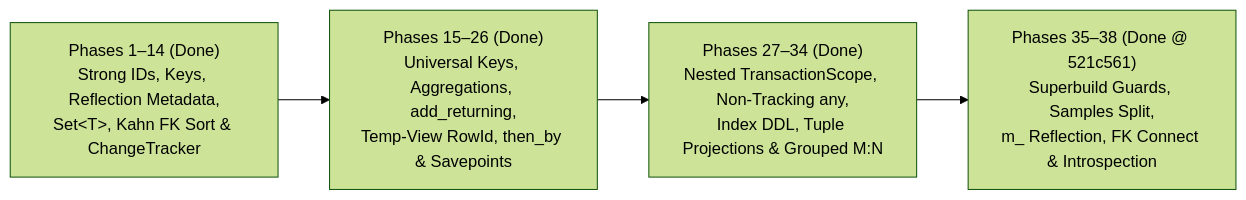
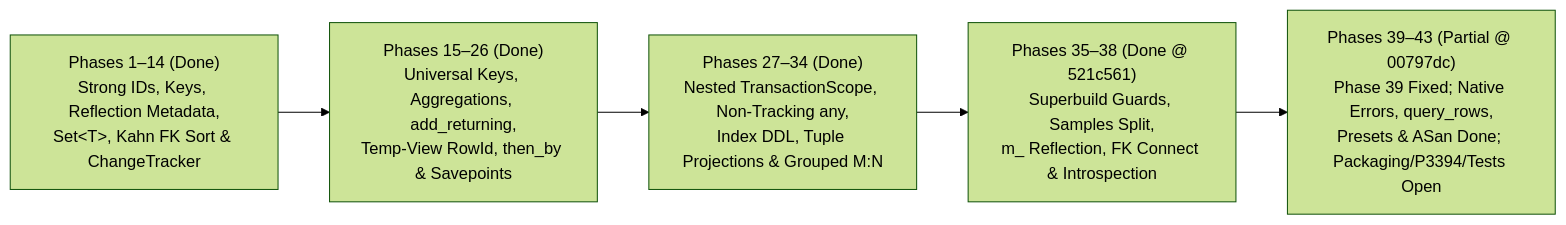
Before and after one commit to mythrz/CodeFirstCppDB_sqlgen: the first of 2 diagrams in readme4.md, drawn with Mermaid (forest theme). The commit also changed other lines of this file, not shown here.

````diff
--- a/readme4.md
+++ b/readme4.md
@@ -211,6 +221,7 @@
 ```mermaid
 flowchart LR
     P114["Phases 1–14 (Done)<br/>Strong IDs, Keys, Reflection Metadata,<br/>Set&lt;T&gt;, Kahn FK Sort &amp; ChangeTracker"] --> P1526["Phases 15–26 (Done)<br/>Universal Keys, Aggregations, add_returning,<br/>Temp-View RowId, then_by &amp; Savepoints"]
     P1526 --> P2734["Phases 27–34 (Done)<br/>Nested TransactionScope, Non-Tracking any,<br/>Index DDL, Tuple Projections &amp; Grouped M:N"]
     P2734 --> P3538["Phases 35–38 (Done @ 521c561)<br/>Superbuild Guards, Samples Split,<br/>m_ Reflection, FK Connect &amp; Introspection"]
+    P3538 --> P3943["Phases 39–43 (Partial @ 00797dc)<br/>Phase 39 Fixed; Native Errors, query_rows,<br/>Presets &amp; ASan Done; Packaging/P3394/Tests Open"]
 ```
````
